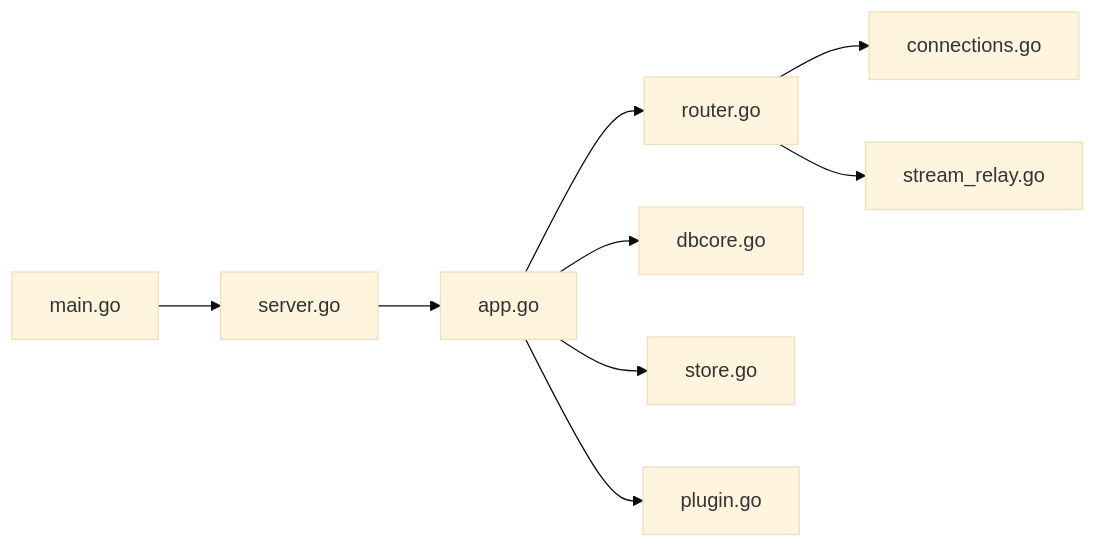
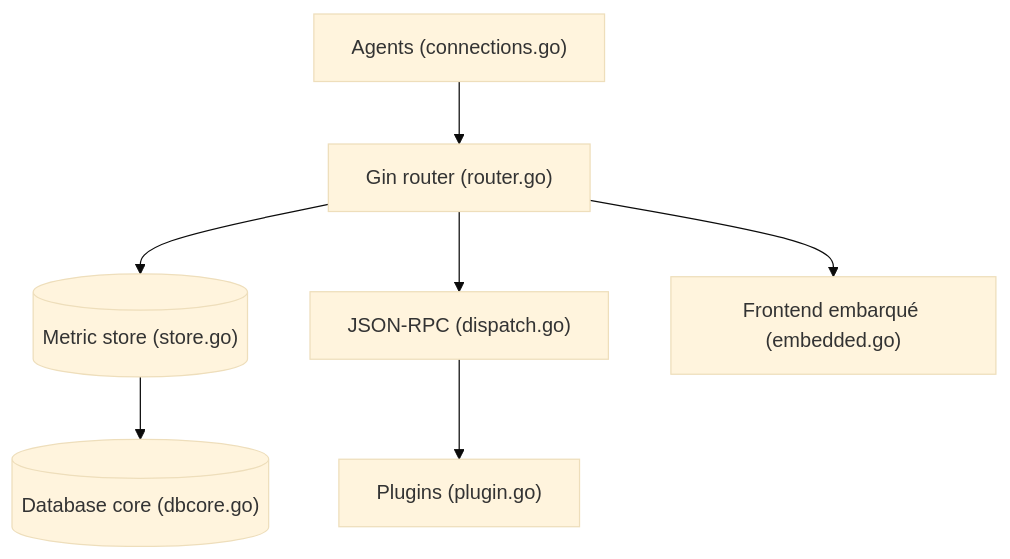
One commit to floSa/Veille-Repo changed the diagram in veille/.data/fiches/komari-monitor__komari.md. Above: the diagram before and after it, drawn with Mermaid (base theme). The commit also changed other lines of this file and 1330 other files, not shown here.

First line of the commit message:
Mise à jour du catalogue : 7723 fiches, 7291 diagrammes

````diff
--- a/veille/.data/fiches/komari-monitor__komari.md
+++ b/veille/.data/fiches/komari-monitor__komari.md
@@ -29,10 +27,9 @@
 ```mermaid
-graph LR
-  M[main.go] --> S[server.go] --> APP[app.go]
-  APP --> R[router.go]
-  R --> AG[connections.go]
-  R --> T[stream_relay.go]
-  APP --> DB[dbcore.go]
-  APP --> MS[store.go]
-  APP --> PL[plugin.go]
+flowchart TD
+  agent["Agents (connections.go)"] --> router["Gin router (router.go)"]
+  router --> metrics[("Metric store (store.go)")]
+  metrics --> db[("Database core (dbcore.go)")]
+  router --> rpc["JSON-RPC (dispatch.go)"]
+  rpc --> plug["Plugins (plugin.go)"]
+  router --> front["Frontend embarqué (embedded.go)"]
 ```
````
